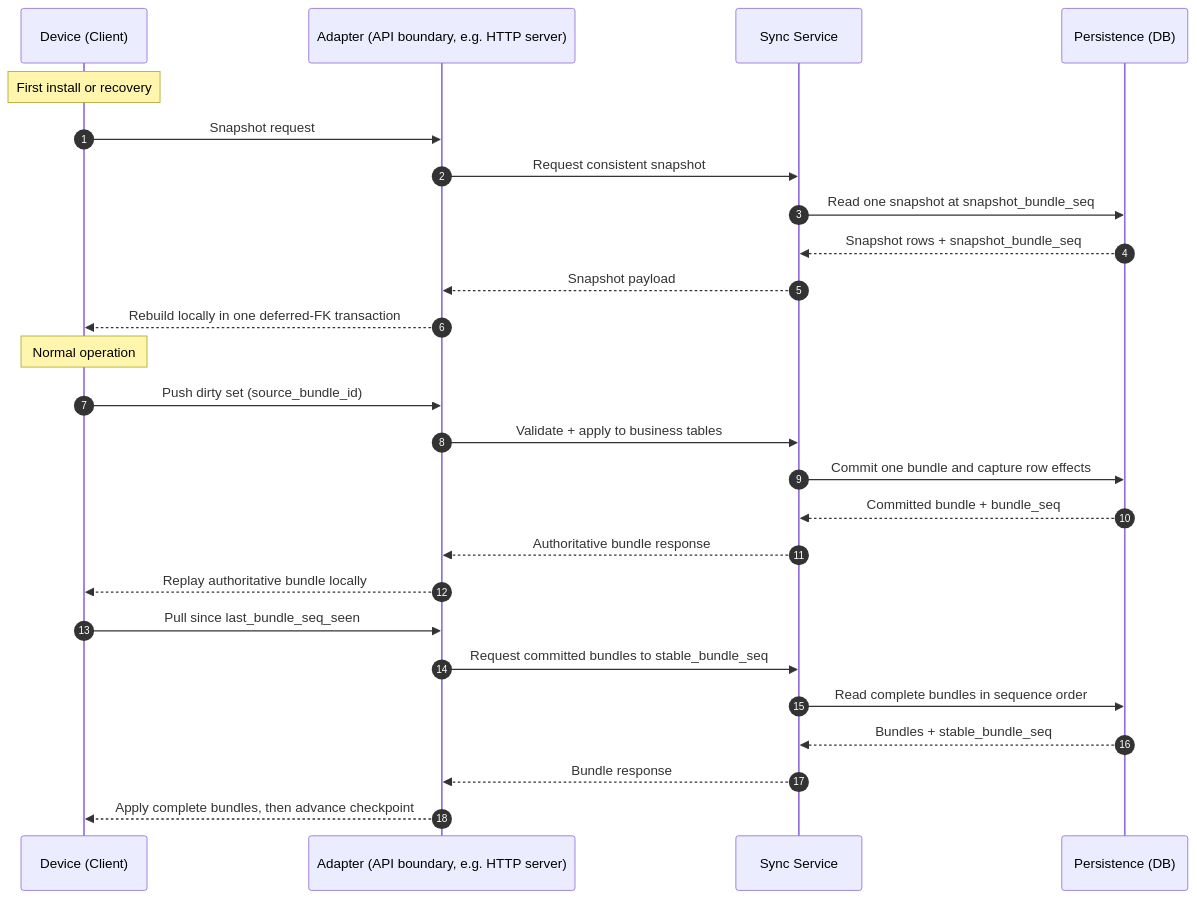
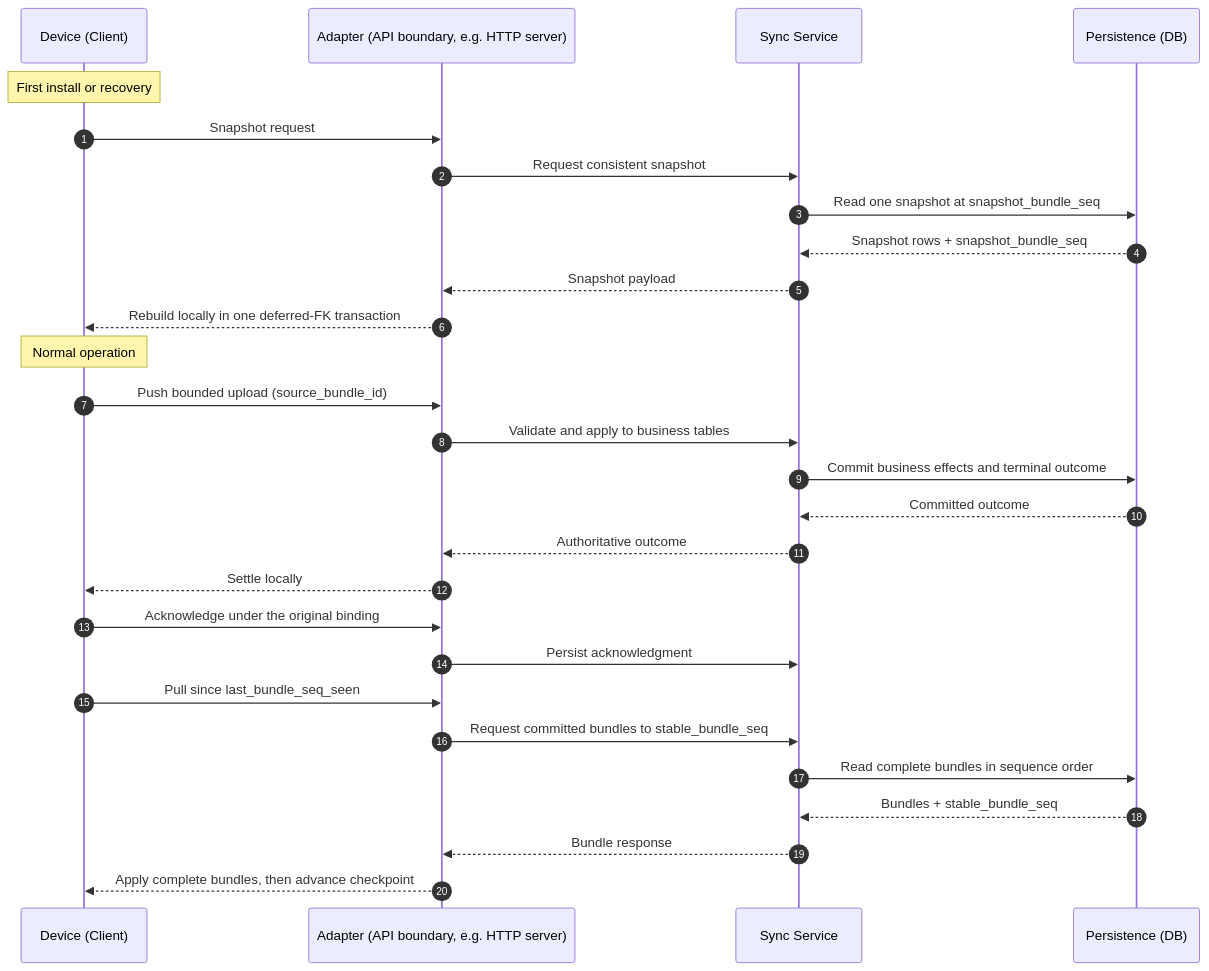
One commit to mobiletoly/go-oversync changed the diagram in docs/documentation/core-concepts.md. Above: the diagram before and after it, drawn with Mermaid. The commit also changed other lines of this file and 722 other files, not shown here.

Commit message:
add schema migration support, bounded sync and v0.5.0 qualification

````diff
--- a/docs/documentation/core-concepts.md
+++ b/docs/documentation/core-concepts.md
@@ -82,31 +82,33 @@
 ```mermaid
 sequenceDiagram
   autonumber
   participant D as Device (Client)
   participant A as Adapter (API boundary, e.g. HTTP server)
   participant S as Sync Service
   participant P as Persistence (DB)
 
   Note over D: First install or recovery
   D->>A: Snapshot request
   A->>S: Request consistent snapshot
   S->>P: Read one snapshot at snapshot_bundle_seq
   P-->>S: Snapshot rows + snapshot_bundle_seq
   S-->>A: Snapshot payload
   A-->>D: Rebuild locally in one deferred-FK transaction
 
   Note over D: Normal operation
-  D->>A: Push dirty set (source_bundle_id)
-  A->>S: Validate + apply to business tables
-  S->>P: Commit one bundle and capture row effects
-  P-->>S: Committed bundle + bundle_seq
-  S-->>A: Authoritative bundle response
-  A-->>D: Replay authoritative bundle locally
+  D->>A: Push bounded upload (source_bundle_id)
+  A->>S: Validate and apply to business tables
+  S->>P: Commit business effects and terminal outcome
+  P-->>S: Committed outcome
+  S-->>A: Authoritative outcome
+  A-->>D: Settle locally
+  D->>A: Acknowledge under the original binding
+  A->>S: Persist acknowledgment
 
   D->>A: Pull since last_bundle_seq_seen
   A->>S: Request committed bundles to stable_bundle_seq
   S->>P: Read complete bundles in sequence order
   P-->>S: Bundles + stable_bundle_seq
   S-->>A: Bundle response
   A-->>D: Apply complete bundles, then advance checkpoint
 ```
````
